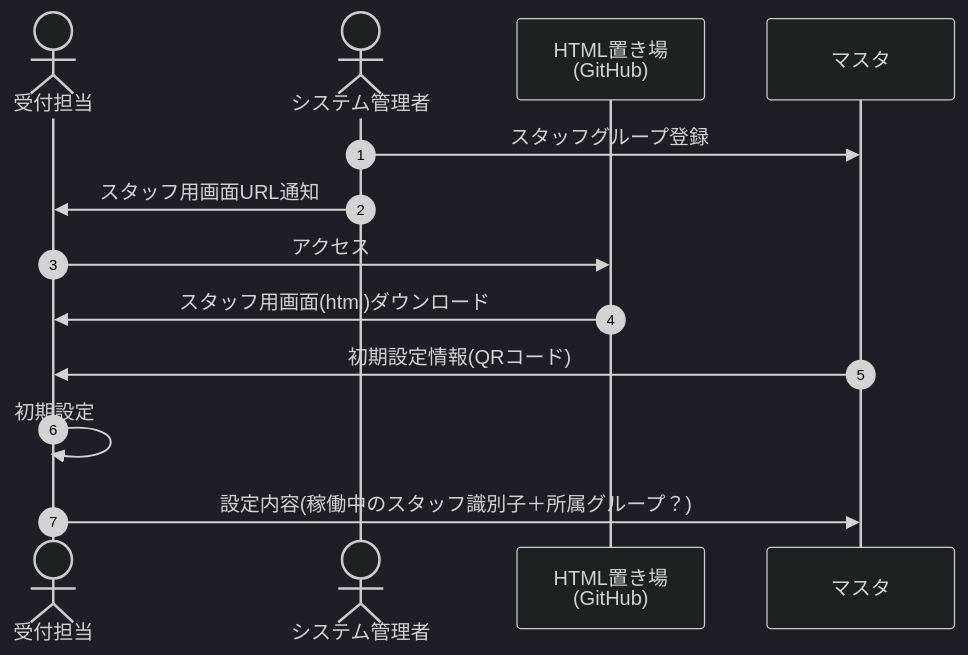
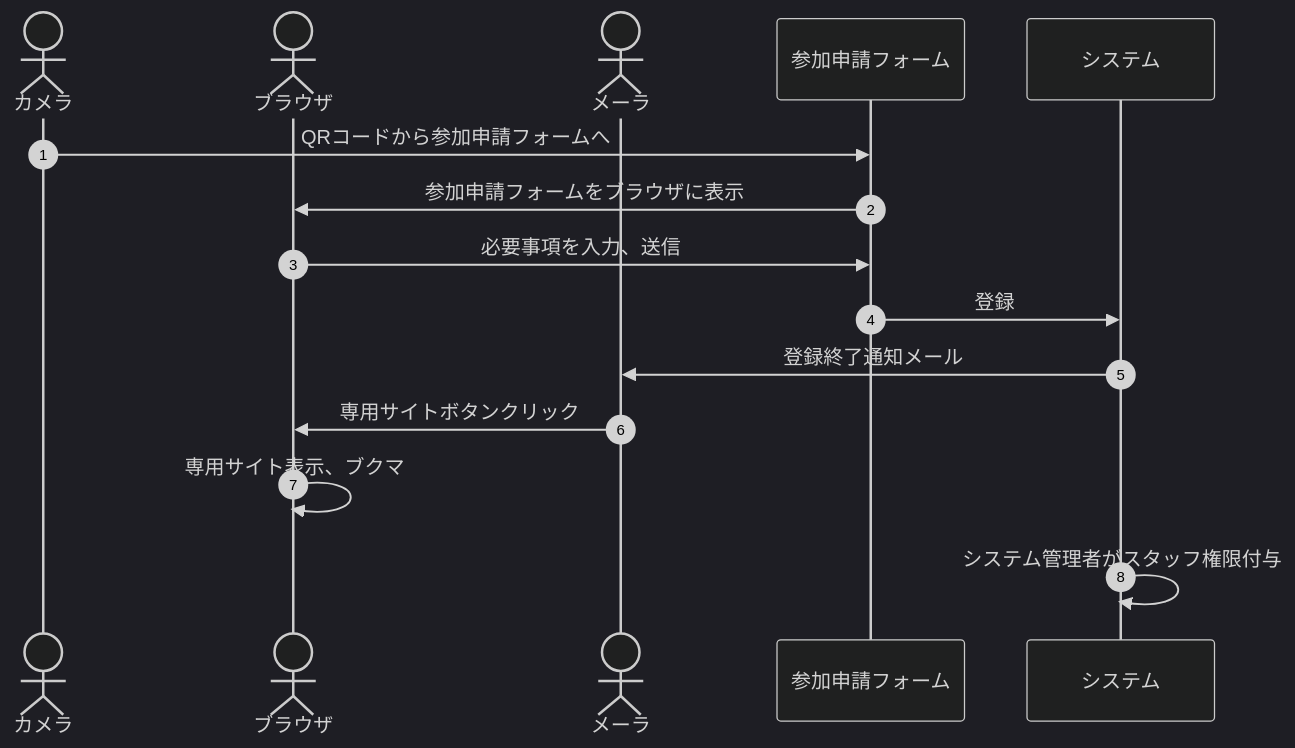
One commit to nakaone/EventStaff changed the first of 6 diagrams in README.md. Above: the diagram before and after it, drawn with Mermaid (dark theme). The commit also changed other lines of this file and 1 other file, not shown here.

````diff
--- a/README.md
+++ b/README.md
@@ -114,16 +68,18 @@
 ```mermaid
 sequenceDiagram
   autonumber
-  actor staff as 受付担当
-  actor admin as システム管理者
-  participant git as HTML置き場<br>(GitHub)
-  participant master as マスタ
+  actor camera as カメラ
+  actor browser as ブラウザ
+  actor mail as メーラ
+  participant form as 参加申請フォーム
+  participant system as システム
 
-  admin->>master    : スタッフグループ登録
-  admin->>staff     : スタッフ用画面URL通知
-  staff->>git       : アクセス
-  git->>staff       : スタッフ用画面(html)ダウンロード
-  master->>staff    : 初期設定情報(QRコード)
-  staff->>staff     : 初期設定
-  staff->>master    : 設定内容(稼働中のスタッフ識別子＋所属グループ？)
+  camera ->> form   : QRコードから参加申請フォームへ
+  form ->> browser  : 参加申請フォームをブラウザに表示
+  browser ->> form  : 必要事項を入力、送信
+  form ->> system   : 登録
+  system ->> mail   : 登録終了通知メール
+  mail ->> browser  : 専用サイトボタンクリック
+  browser ->> browser : 専用サイト表示、ブクマ
+  system ->> system : システム管理者がスタッフ権限付与
 ```
````
